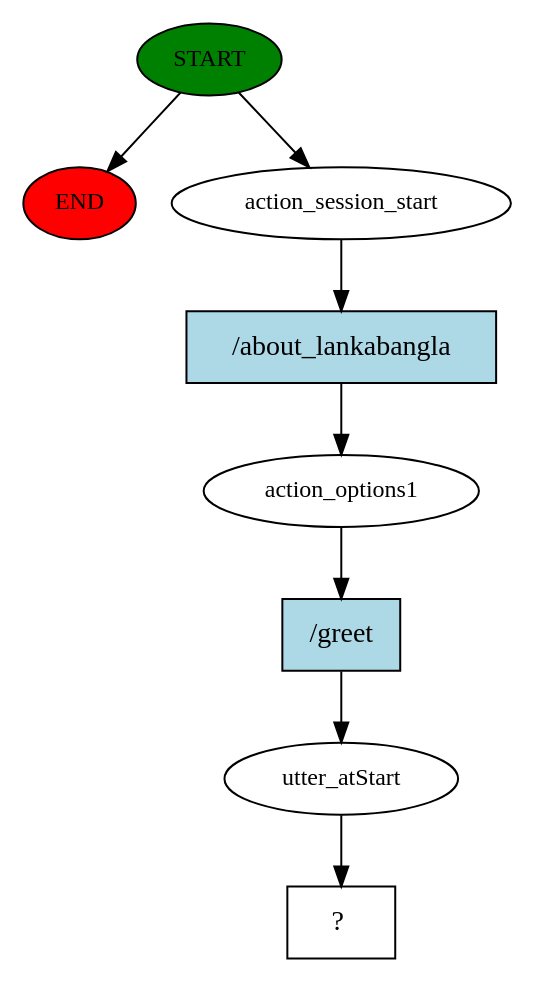
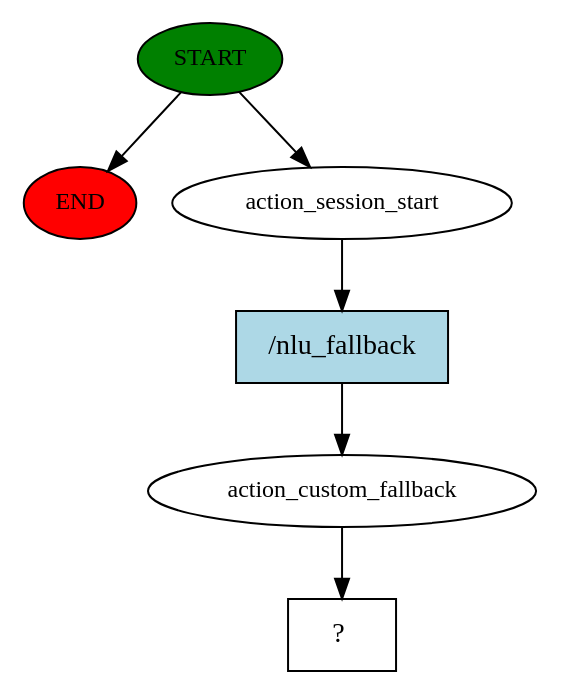
The diagram in gplexRasa/story_graph.dot (ehzawad/lanka_bangla), drawn with Graphviz before and after one commit. The commit also changed 7 other files, not shown here.

```diff
--- a/gplexRasa/story_graph.dot
+++ b/gplexRasa/story_graph.dot
@@ -1,17 +1,13 @@
 digraph  {
 0 [class="start active", fillcolor=green, fontsize=12, label=START, style=filled];
 "-1" [class=end, fillcolor=red, fontsize=12, label=END, style=filled];
 1 [class=active, fontsize=12, label=action_session_start];
-2 [class=active, fontsize=12, label=action_options1];
-3 [class=active, fontsize=12, label=utter_atStart];
-4 [class="intent dashed active", label="  ?  ", shape=rect];
-5 [class="intent active", fillcolor=lightblue, label="/about_lankabangla", shape=rect, style=filled];
-6 [class="intent active", fillcolor=lightblue, label="/greet", shape=rect, style=filled];
+2 [class=active, fontsize=12, label=action_custom_fallback];
+3 [class="intent dashed active", label="  ?  ", shape=rect];
+4 [class="intent active", fillcolor=lightblue, label="/nlu_fallback", shape=rect, style=filled];
 0 -> "-1"  [class="", key=NONE, label=""];
 0 -> 1  [class=active, key=NONE, label=""];
-1 -> 5  [class=active, key=0];
-2 -> 6  [class=active, key=0];
-3 -> 4  [class=active, key=NONE, label=""];
-5 -> 2  [class=active, key=0];
-6 -> 3  [class=active, key=0];
+1 -> 4  [class=active, key=0];
+2 -> 3  [class=active, key=NONE, label=""];
+4 -> 2  [class=active, key=0];
 }
```
